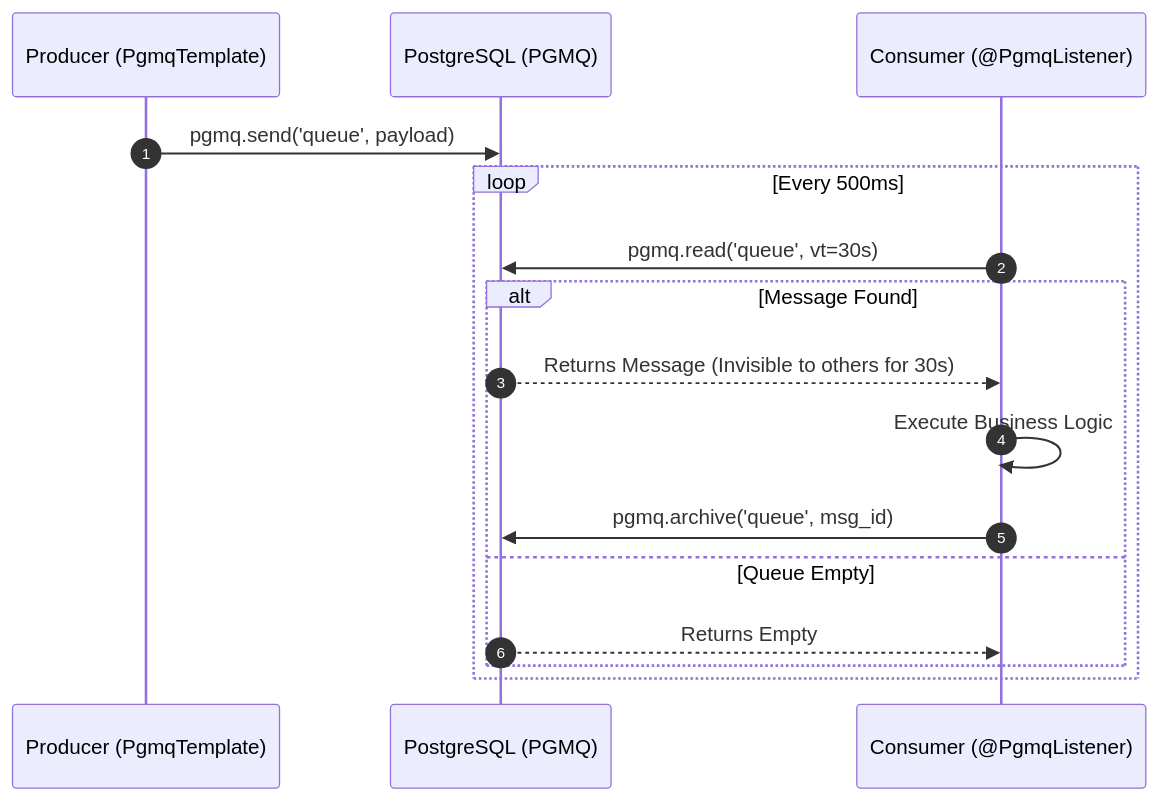
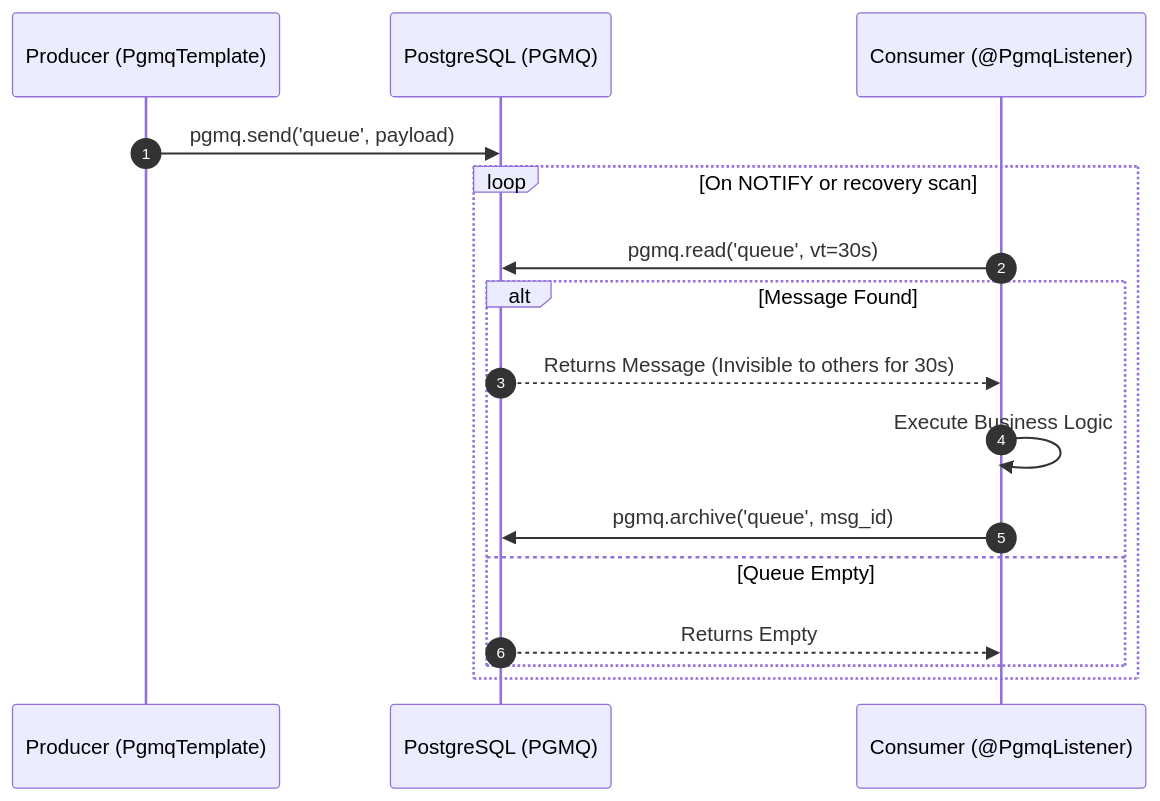
One commit to esgaltur/pgmq-spring-boot-starter changed the first of 3 diagrams in README.md. Above: the diagram before and after it, drawn with Mermaid. The commit also changed other lines of this file and 20 other files, not shown here.

````diff
--- a/README.md
+++ b/README.md
@@ -105,19 +125,19 @@
 ```mermaid
 sequenceDiagram
     autonumber
     participant P as Producer (PgmqTemplate)
     participant DB as PostgreSQL (PGMQ)
     participant C as Consumer (@PgmqListener)
     
     P->>DB: pgmq.send('queue', payload)
-    loop Every 500ms
+    loop On NOTIFY or recovery scan
         C->>DB: pgmq.read('queue', vt=30s)
         alt Message Found
             DB-->>C: Returns Message (Invisible to others for 30s)
             C->>C: Execute Business Logic
             C->>DB: pgmq.archive('queue', msg_id)
         else Queue Empty
             DB-->>C: Returns Empty
         end
     end
 ```
````
